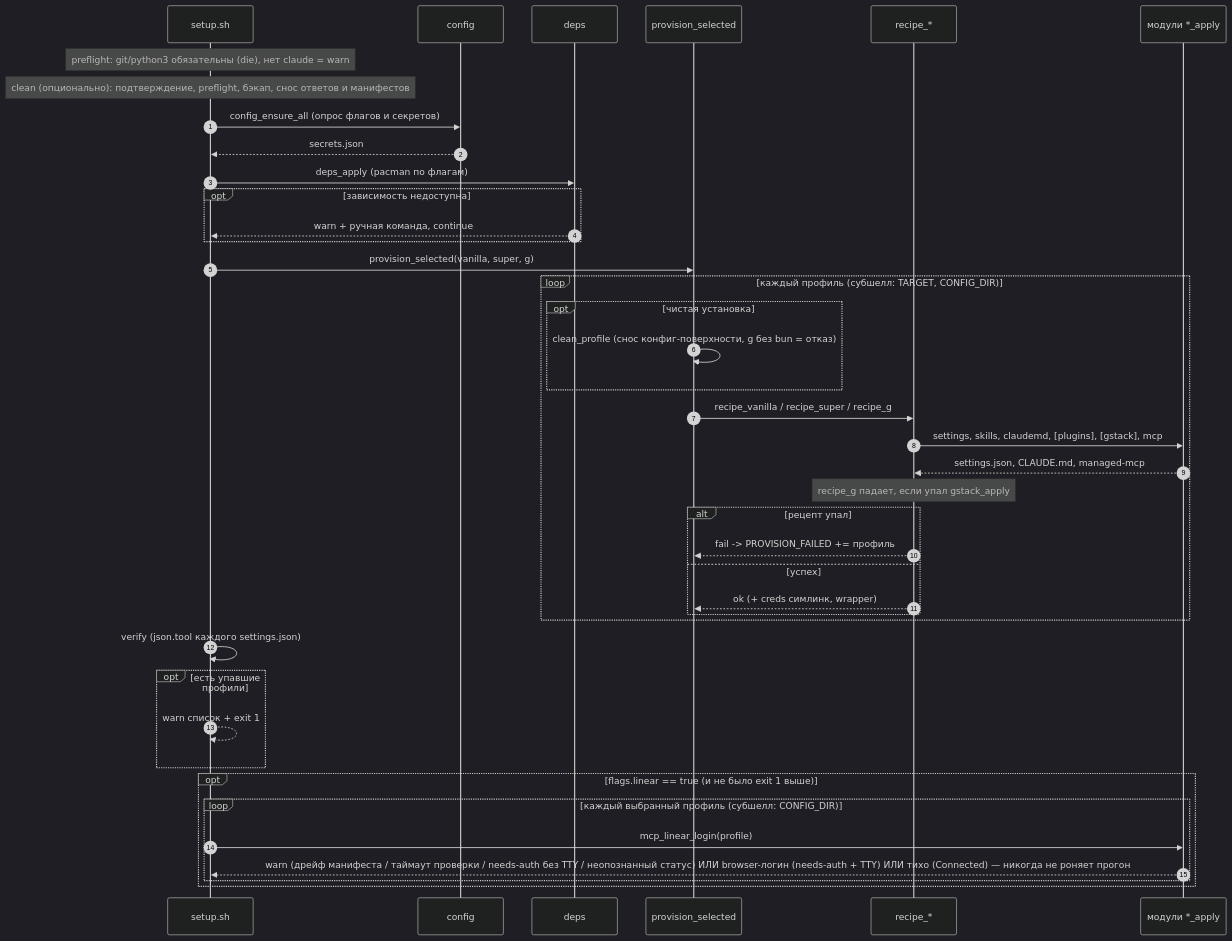
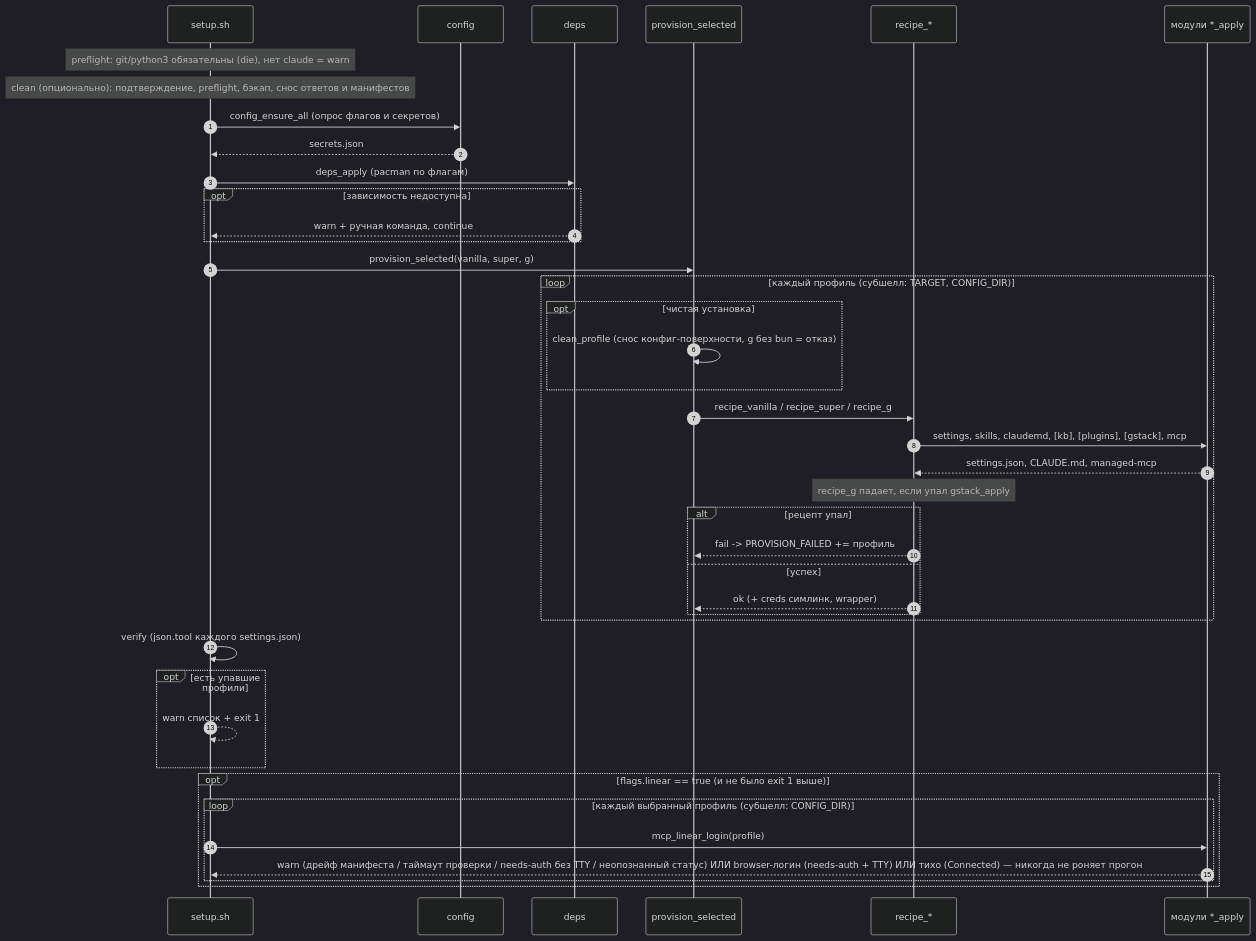
Before and after one commit to stpntkhnv/claudefiles: the third of 4 diagrams in docs/architecture.md, drawn with Mermaid (dark theme). The commit also changed other lines of this file and 4 other files, not shown here.

First line of the commit message:
docs(kb): база знаний в README, схеме, диаграммах и инвариантах

````diff
--- a/docs/architecture.md
+++ b/docs/architecture.md
@@ -72,43 +81,43 @@
 ```mermaid
 sequenceDiagram
   autonumber
   participant U as setup.sh
   participant C as config
   participant D as deps
   participant P as provision_selected
   participant R as recipe_*
   participant M as модули *_apply
   Note over U: preflight: git/python3 обязательны (die), нет claude = warn
   Note over U: clean (опционально): подтверждение, preflight, бэкап, снос ответов и манифестов
   U->>C: config_ensure_all (опрос флагов и секретов)
   C-->>U: secrets.json
   U->>D: deps_apply (pacman по флагам)
   opt зависимость недоступна
     D-->>U: warn + ручная команда, continue
   end
   U->>P: provision_selected(vanilla, super, g)
   loop каждый профиль (субшелл: TARGET, CONFIG_DIR)
     opt чистая установка
       P->>P: clean_profile (снос конфиг-поверхности, g без bun = отказ)
     end
     P->>R: recipe_vanilla / recipe_super / recipe_g
-    R->>M: settings, skills, claudemd, [plugins], [gstack], mcp
+    R->>M: settings, skills, claudemd, [kb], [plugins], [gstack], mcp
     M-->>R: settings.json, CLAUDE.md, managed-mcp
     Note over R: recipe_g падает, если упал gstack_apply
     alt рецепт упал
       R-->>P: fail -> PROVISION_FAILED += профиль
     else успех
       R-->>P: ok (+ creds симлинк, wrapper)
     end
   end
   U->>U: verify (json.tool каждого settings.json)
   opt есть упавшие профили
     U-->>U: warn список + exit 1
   end
   opt flags.linear == true (и не было exit 1 выше)
     loop каждый выбранный профиль (субшелл: CONFIG_DIR)
       U->>M: mcp_linear_login(profile)
       M-->>U: warn (дрейф манифеста / таймаут проверки / needs-auth без TTY / неопознанный статус) ИЛИ browser-логин (needs-auth + TTY) ИЛИ тихо (Connected) — никогда не роняет прогон
     end
   end
 ```
````
